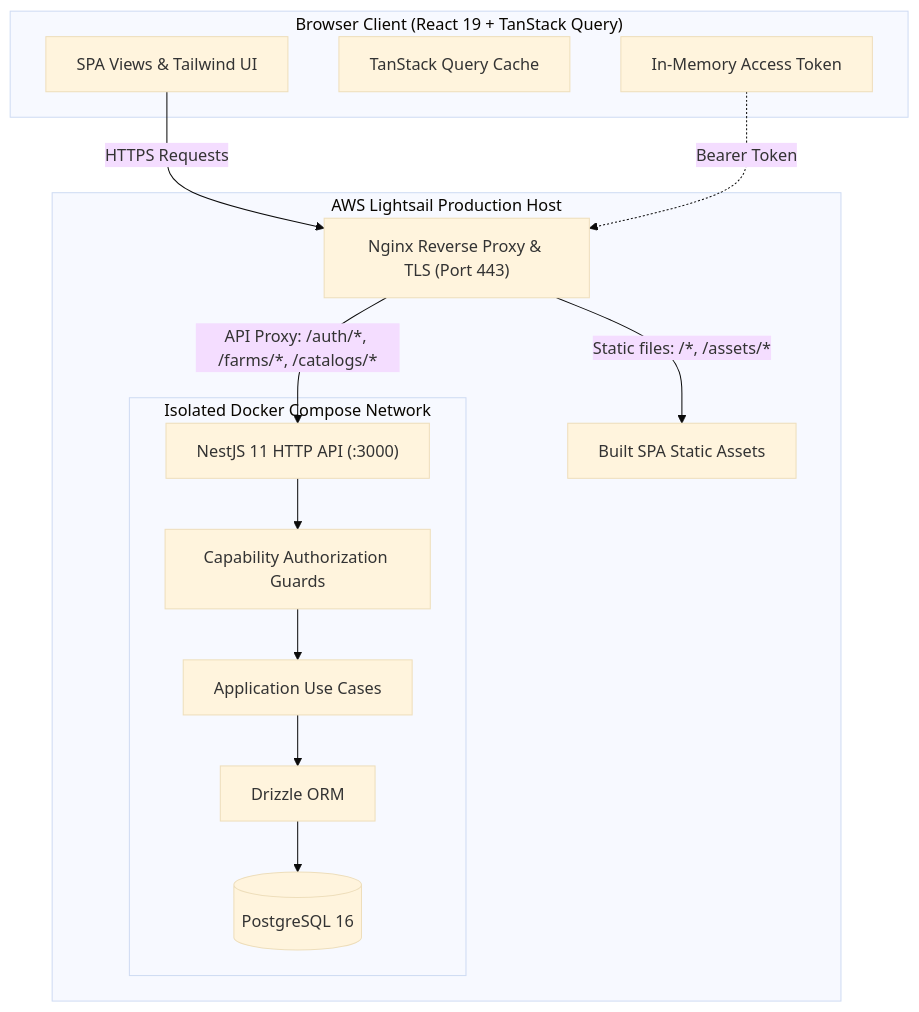
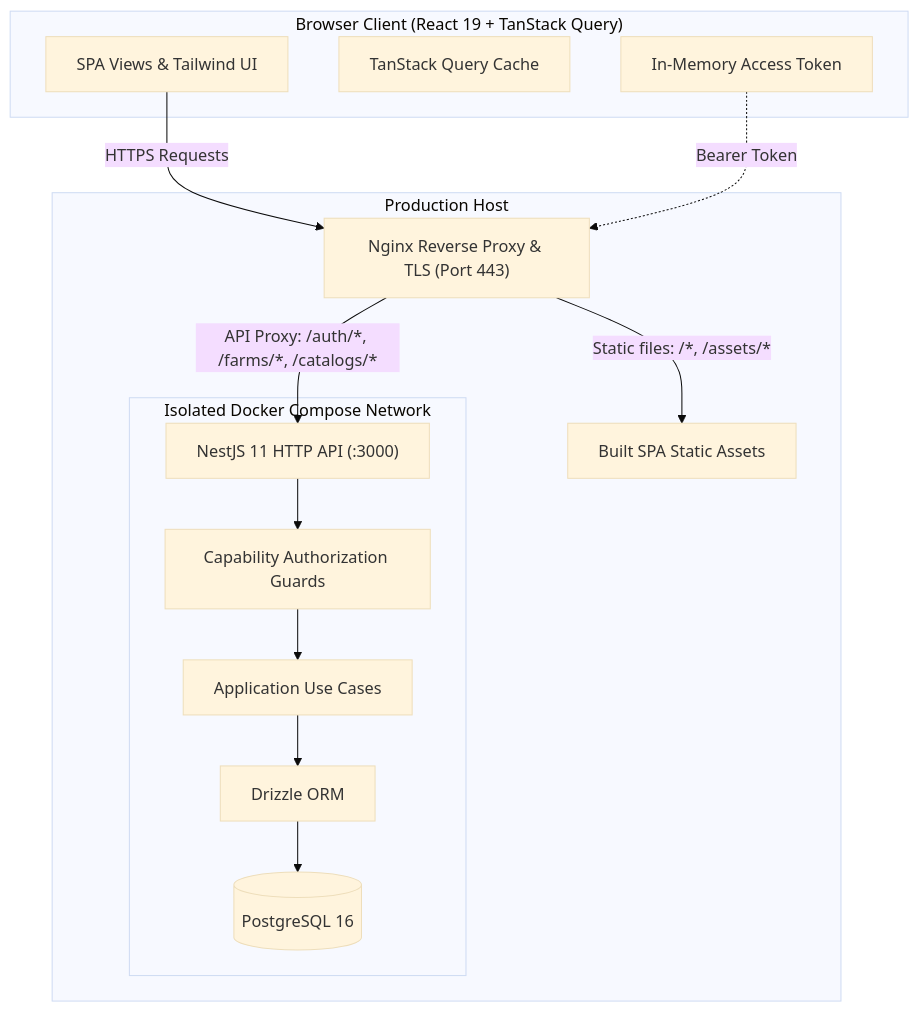
One commit to LaithAlnajjar/farm-bundle-tracker changed the diagram in README.md. Above: the diagram before and after it, drawn with Mermaid (base theme). The commit also changed other lines of this file and 4 other files, not shown here.

````diff
--- a/README.md
+++ b/README.md
@@ -86,27 +86,27 @@
 ```mermaid
 flowchart TD
     subgraph Client ["Browser Client (React 19 + TanStack Query)"]
         UI["SPA Views & Tailwind UI"]
         QueryCache["TanStack Query Cache"]
         TokenMemory["In-Memory Access Token"]
     end
 
-    subgraph Host ["AWS Lightsail Production Host"]
+    subgraph Host ["Production Host"]
         Nginx["Nginx Reverse Proxy & TLS (Port 443)"]
         StaticFS["Built SPA Static Assets"]
 
         subgraph DockerNet ["Isolated Docker Compose Network"]
             API["NestJS 11 HTTP API (:3000)"]
             AuthGuard["Capability Authorization Guards"]
             AppUseCases["Application Use Cases"]
             Drizzle["Drizzle ORM"]
             Postgres[("PostgreSQL 16")]
         end
     end
 
     UI -->|"HTTPS Requests"| Nginx
     Nginx -->|"Static files: /*, /assets/*"| StaticFS
     Nginx -->|"API Proxy: /auth/*, /farms/*, /catalogs/*"| API
     API --> AuthGuard --> AppUseCases --> Drizzle --> Postgres
     TokenMemory -.->|"Bearer Token"| Nginx
 ```
````
